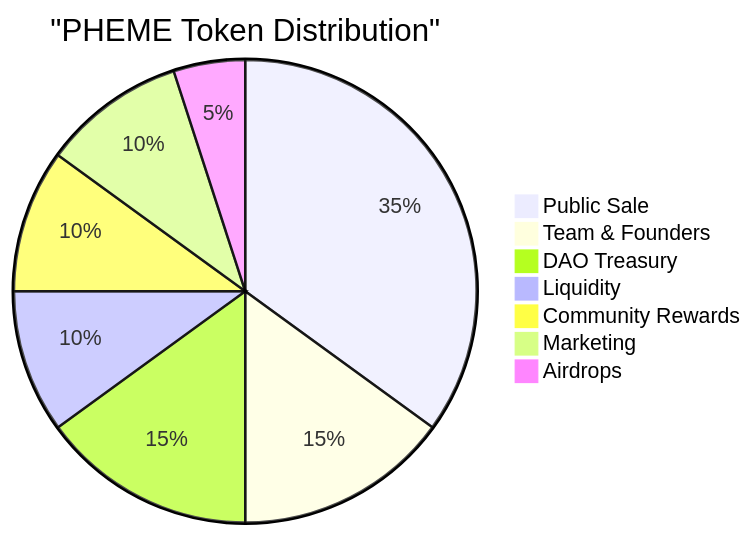
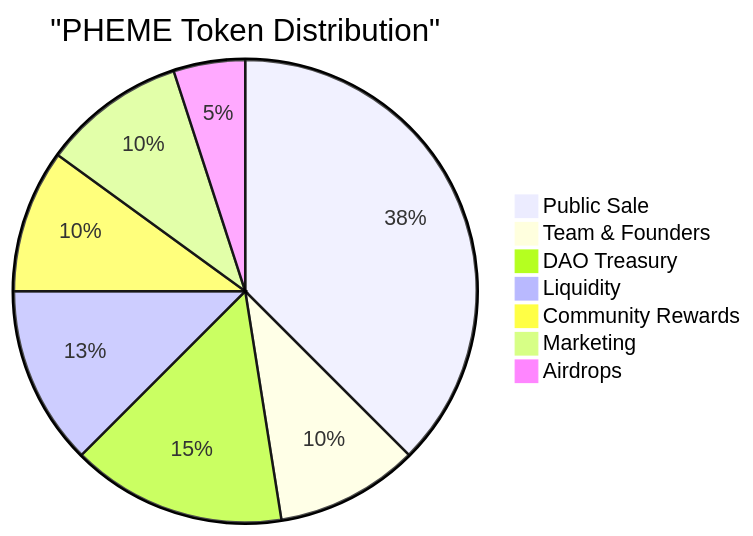
The diagram in docs/governance/01-tokenomics.md (Pheme-Protocol/Pheme-Docs), drawn with Mermaid before and after one commit. The commit also changed other lines of this file and 1 other file, not shown here.

````diff
--- a/docs/governance/01-tokenomics.md
+++ b/docs/governance/01-tokenomics.md
@@ -31,11 +31,11 @@
 ```mermaid
 pie
     title "PHEME Token Distribution"
-    "Public Sale" : 35
-    "Team & Founders" : 15
+    "Public Sale" : 37.5
+    "Team & Founders" : 10
     "DAO Treasury" : 15
-    "Liquidity" : 10
+    "Liquidity" : 12.5
     "Community Rewards" : 10
     "Marketing" : 10
     "Airdrops" : 5
 ```
````
